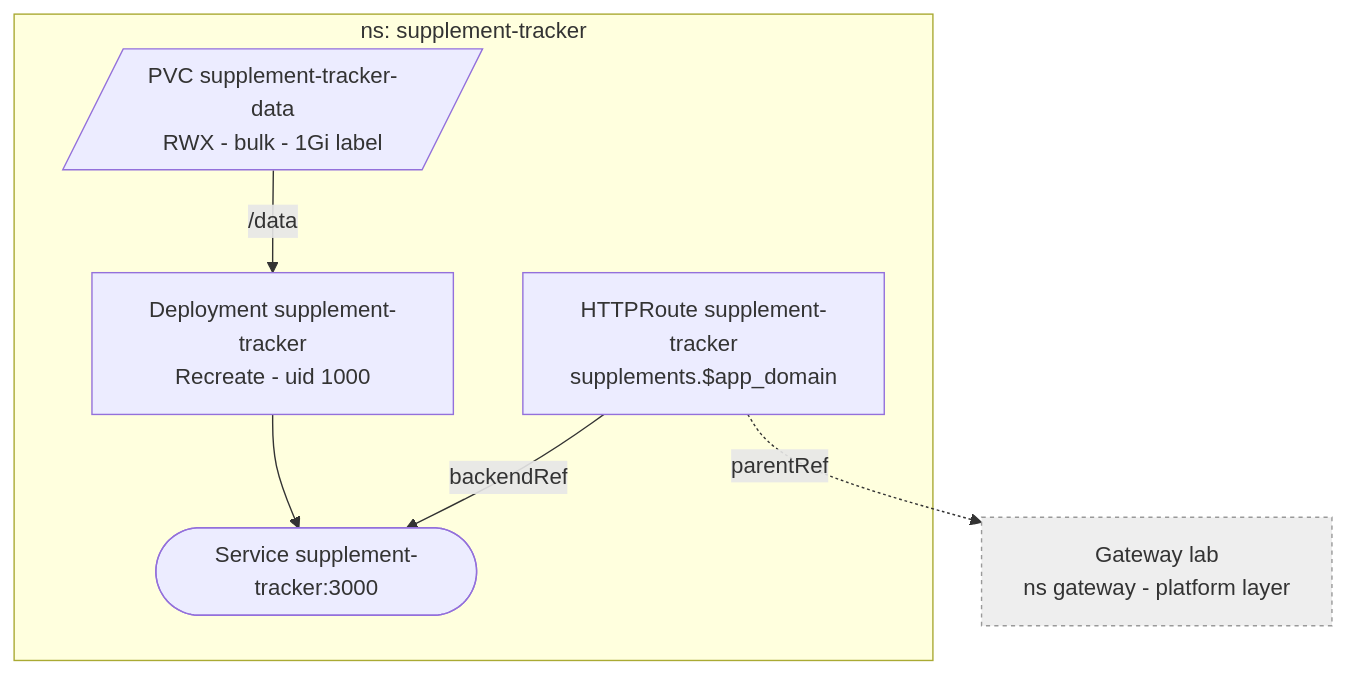
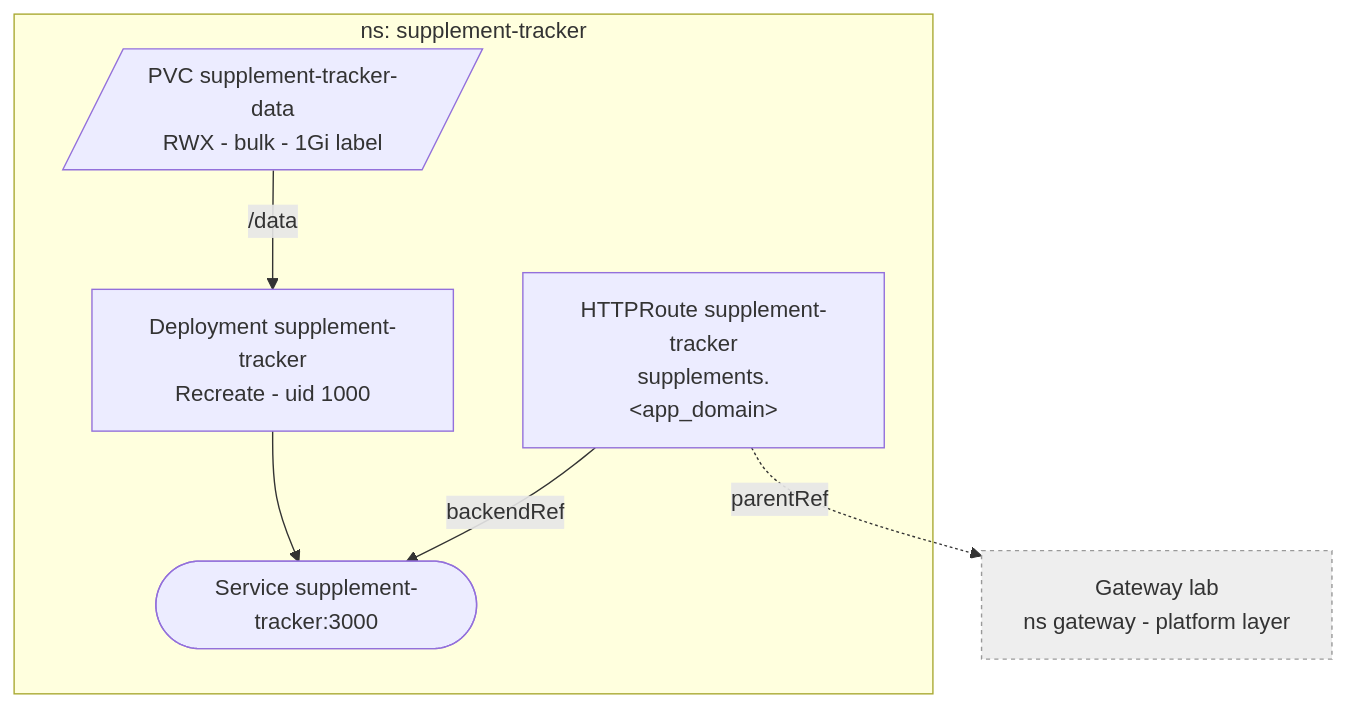
The diagram in docs/supplement-tracker.md (Sojamann/homelab-apps), drawn with Mermaid before and after one commit. The commit also changed other lines of this file and 16 other files, not shown here.

````diff
--- a/docs/supplement-tracker.md
+++ b/docs/supplement-tracker.md
@@ -9,14 +8,14 @@
 ```mermaid
 graph TD
   subgraph st["ns: supplement-tracker"]
     SRV["Deployment supplement-tracker<br/>Recreate - uid 1000"]
     SRV --> SVC(["Service supplement-tracker:3000"])
     PVC[/"PVC supplement-tracker-data<br/>RWX - bulk - 1Gi label"/] -->|/data| SRV
-    RT["HTTPRoute supplement-tracker<br/>supplements.$app_domain"] -->|backendRef| SVC
+    RT["HTTPRoute supplement-tracker<br/>supplements.&lt;app_domain&gt;"] -->|backendRef| SVC
   end
 
   RT -.->|parentRef| GW["Gateway lab<br/>ns gateway - platform layer"]
 
   classDef ext fill:#eee,stroke:#999,stroke-dasharray:3 3;
   class GW ext;
 ```
````
